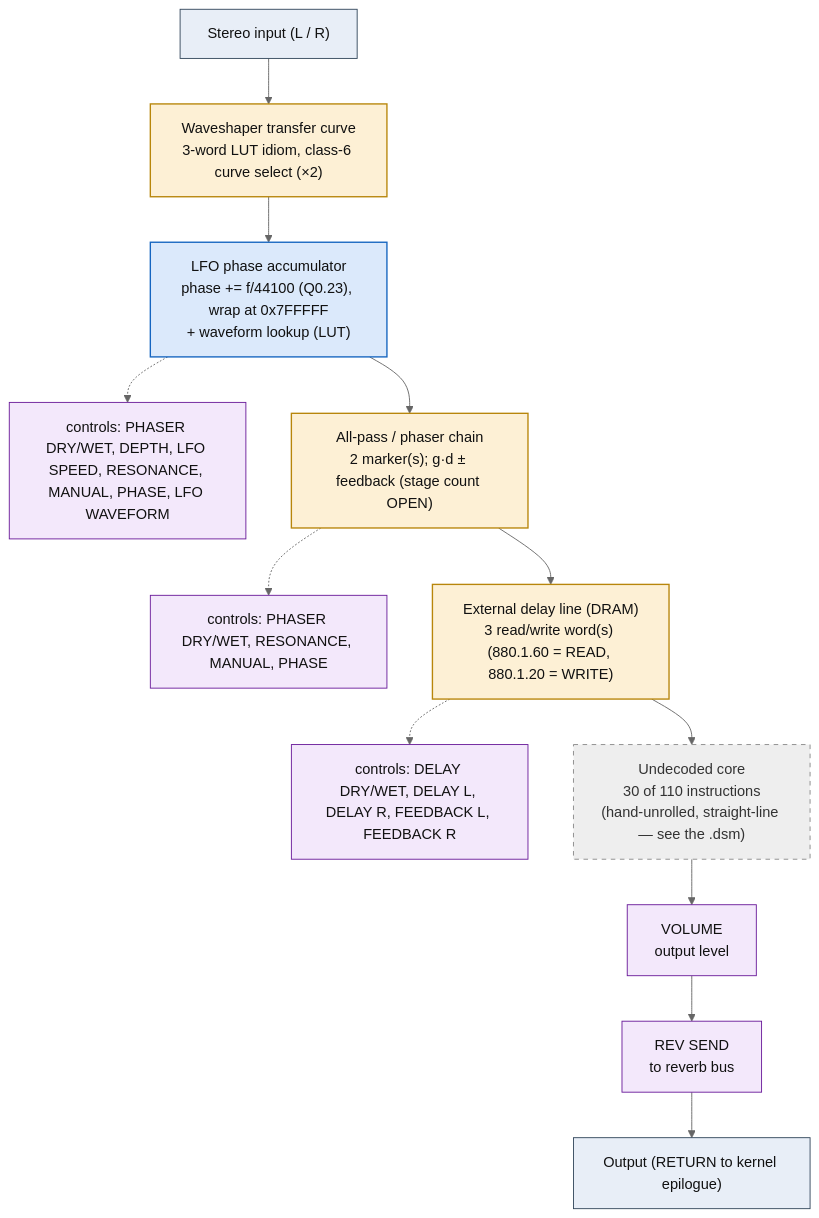
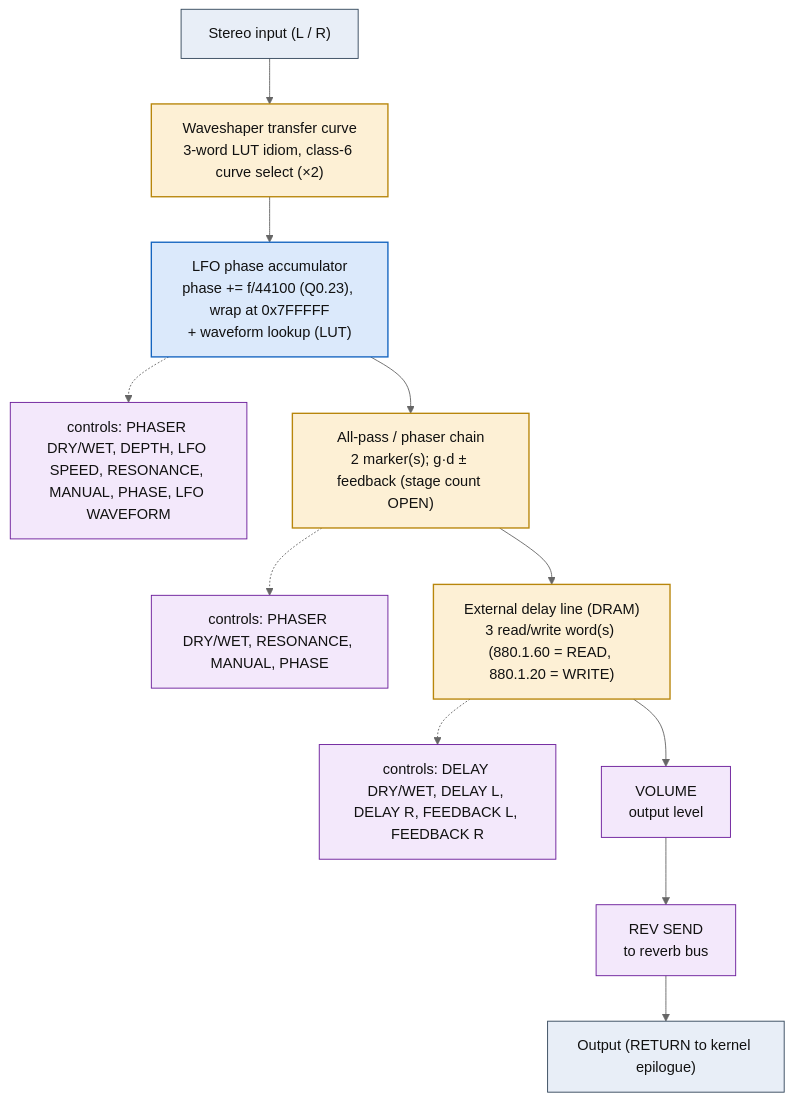
The diagram in dsp/flowcharts/prog68_s_delay_phaser.md (ArqueologiaDigital/kn5000-roms-disasm), drawn with Mermaid (neutral theme) before and after one commit. The commit also changed other lines of this file and 39 other files, not shown here.

First line of the commit message:
dsp: annotate all flowcharts with the classic effect topology each shape matches

````diff
--- a/dsp/flowcharts/prog68_s_delay_phaser.md
+++ b/dsp/flowcharts/prog68_s_delay_phaser.md
@@ -12,38 +12,35 @@
 ```mermaid
 flowchart TD
     N0["Stereo input (L / R)"]
     N1["Waveshaper transfer curve<br/>3-word LUT idiom, class-6 curve select (&times;2)"]
     N0 --> N1
     N2["LFO phase accumulator<br/>phase += f/44100 (Q0.23), wrap at 0x7FFFFF<br/>+ waveform lookup (LUT)"]
     N1 --> N2
     N3["controls: PHASER DRY/WET, DEPTH, LFO SPEED, RESONANCE, MANUAL, PHASE, LFO WAVEFORM"]
     N2 -.-> N3
     N4["All-pass / phaser chain<br/>2 marker(s); g&middot;d &plusmn; feedback (stage count OPEN)"]
     N2 --> N4
     N5["controls: PHASER DRY/WET, RESONANCE, MANUAL, PHASE"]
     N4 -.-> N5
     N6["External delay line (DRAM)<br/>3 read/write word(s) (880.1.60 = READ, 880.1.20 = WRITE)"]
     N4 --> N6
     N7["controls: DELAY DRY/WET, DELAY L, DELAY R, FEEDBACK L, FEEDBACK R"]
     N6 -.-> N7
-    N8["Undecoded core<br/>30 of 110 instructions<br/>(hand-unrolled, straight-line &mdash; see the .dsm)"]
+    N8["VOLUME<br/>output level"]
     N6 --> N8
-    N9["VOLUME<br/>output level"]
+    N9["REV SEND<br/>to reverb bus"]
     N8 --> N9
-    N10["REV SEND<br/>to reverb bus"]
+    N10["Output (RETURN to kernel epilogue)"]
     N9 --> N10
-    N11["Output (RETURN to kernel epilogue)"]
-    N10 --> N11
 
     classDef io fill:#e8eef7,stroke:#33475b,stroke-width:1px,color:#111;
     classDef proven fill:#d7f0d7,stroke:#2e7d32,stroke-width:2px,color:#111;
     classDef measured fill:#dbe9fb,stroke:#1565c0,stroke-width:1.5px,color:#111;
     classDef inferred fill:#fdf0d5,stroke:#b8860b,stroke-width:1.5px,color:#111;
     classDef open fill:#eeeeee,stroke:#888,stroke-width:1px,color:#333,stroke-dasharray:5 5;
     classDef ctrl fill:#f3e8fb,stroke:#6a1b9a,stroke-width:1px,color:#111;
-    class N0,N11 io;
+    class N0,N10 io;
     class N1,N4,N6 inferred;
     class N2 measured;
-    class N3,N5,N7,N9,N10 ctrl;
-    class N8 open;
+    class N3,N5,N7,N8,N9 ctrl;
 ```
````
